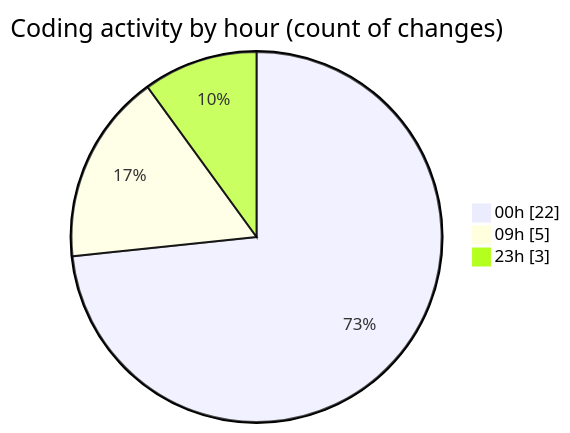
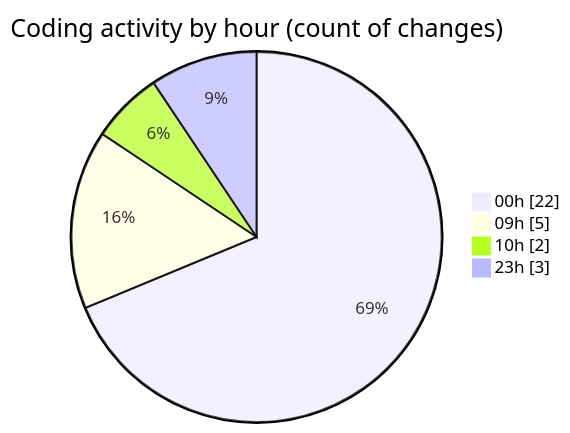
One commit to momahboobian/code-tracking changed the second of 2 diagrams in 2026-04-10/cda/README.md. Above: the diagram before and after it, drawn with Mermaid. The commit also changed other lines of this file and 1 other file, not shown here.

````diff
--- a/2026-04-10/cda/README.md
+++ b/2026-04-10/cda/README.md
@@ -28,7 +30,8 @@
 ```mermaid
 pie showData
 title Coding activity by hour (count of changes)
 "00h" : 22
 "09h" : 5
+"10h" : 2
 "23h" : 3
 ```
````
